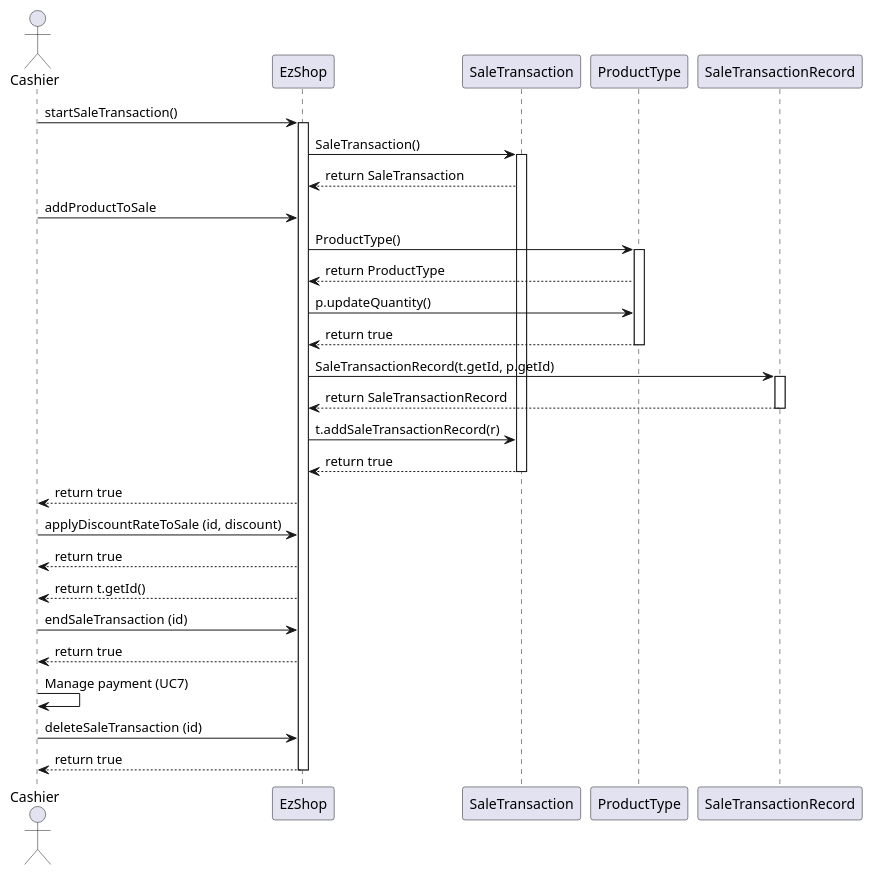
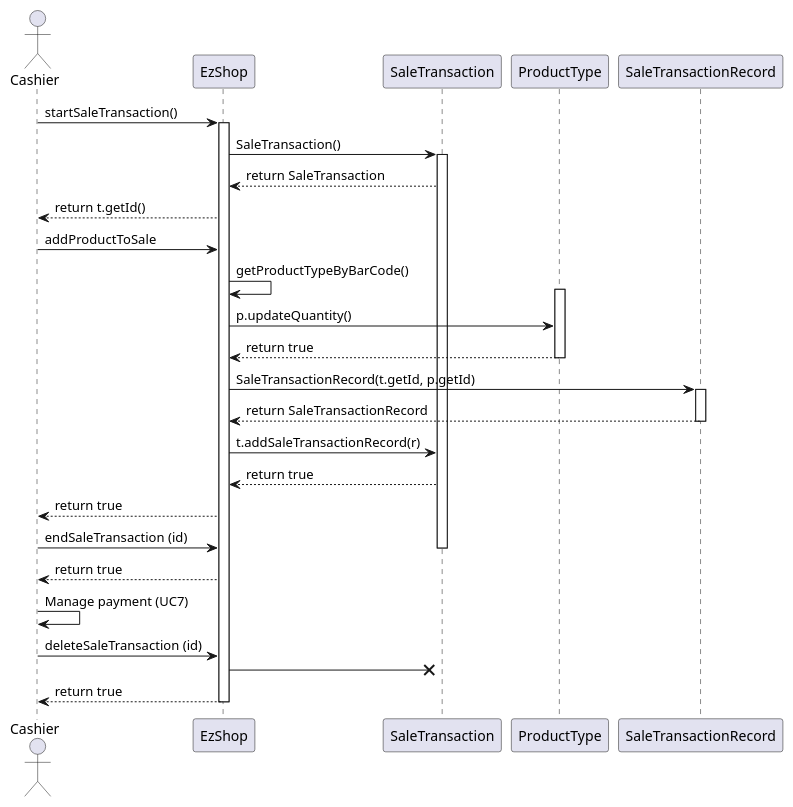
Before and after one commit to paocela/EzShop: diagram 21 of 29 in Deliverables/DesignDocument.md, drawn with PlantUML. The commit also changed other lines of this file, not shown here.

Commit message:
Reviewed all sequence diagrams

````diff
--- a/Deliverables/DesignDocument.md
+++ b/Deliverables/DesignDocument.md
@@ -691,33 +683,31 @@
 ```plantuml
 
 actor Cashier
 Cashier -> EzShop : startSaleTransaction()
 activate EzShop
 EzShop -> SaleTransaction : SaleTransaction()
 activate SaleTransaction
 EzShop <-- SaleTransaction : return SaleTransaction
+Cashier <-- EzShop : return t.getId()
 Cashier -> EzShop : addProductToSale
-EzShop -> ProductType : ProductType()
+EzShop -> EzShop : getProductTypeByBarCode()
 activate ProductType
-EzShop <-- ProductType : return ProductType
 EzShop -> ProductType : p.updateQuantity()
 EzShop <-- ProductType : return true
 deactivate ProductType
 EzShop -> SaleTransactionRecord : SaleTransactionRecord(t.getId, p.getId)
 activate SaleTransactionRecord
 EzShop <-- SaleTransactionRecord : return SaleTransactionRecord
 deactivate SaleTransactionRecord
 EzShop -> SaleTransaction : t.addSaleTransactionRecord(r)
 EzShop <-- SaleTransaction : return true
+Cashier <-- EzShop : return true
+Cashier -> EzShop : endSaleTransaction (id)
 deactivate SaleTransaction
-Cashier <-- EzShop : return true
-Cashier -> EzShop : applyDiscountRateToSale (id, discount)
-Cashier <-- EzShop : return true
-Cashier <-- EzShop : return t.getId()
-Cashier -> EzShop : endSaleTransaction (id)
 Cashier <-- EzShop : return true
 Cashier -> Cashier : Manage payment (UC7)
 Cashier -> EzShop : deleteSaleTransaction (id)
+EzShop ->x SaleTransaction :
 Cashier <-- EzShop : return true
 deactivate EzShop
 ```
````
